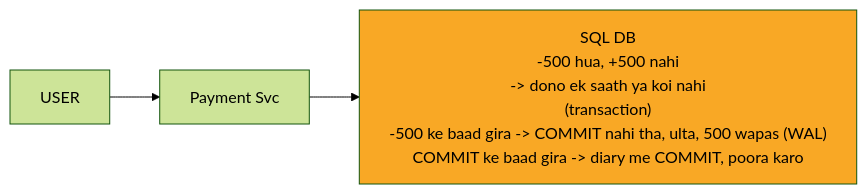
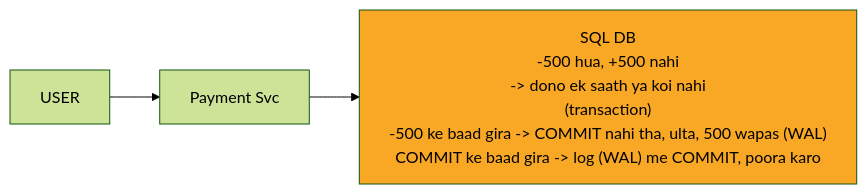
The second of 12 diagrams in 04_HLD/SYSTEM_DESIGNS/06_payment_system/06_payment_system.md (ArpanMaheshwari144/Prep), drawn with Mermaid (forest theme) before and after one commit. The commit also changed other lines of this file and 12 other files, not shown here.

````diff
--- a/04_HLD/SYSTEM_DESIGNS/06_payment_system/06_payment_system.md
+++ b/04_HLD/SYSTEM_DESIGNS/06_payment_system/06_payment_system.md
@@ -130,10 +130,10 @@
 ```mermaid
 %%{init: {"flowchart": {"wrappingWidth": 450}}}%%
 flowchart LR
     n_USER["USER"]
     n_Payment_Svc["Payment Svc"]
-    n_DB["SQL DB<br/>-500 hua, +500 nahi<br/>-> dono ek saath ya koi nahi<br/>(transaction)<br/>-500 ke baad gira -> COMMIT nahi tha, ulta, 500 wapas (WAL)<br/>COMMIT ke baad gira -> diary me COMMIT, poora karo"]
+    n_DB["SQL DB<br/>-500 hua, +500 nahi<br/>-> dono ek saath ya koi nahi<br/>(transaction)<br/>-500 ke baad gira -> COMMIT nahi tha, ulta, 500 wapas (WAL)<br/>COMMIT ke baad gira -> log (WAL) me COMMIT, poora karo"]
     n_USER --> n_Payment_Svc
     n_Payment_Svc --> n_DB
     style n_DB fill:#f9a825,color:#000
 ```
````
